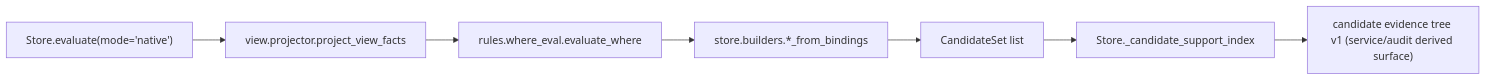
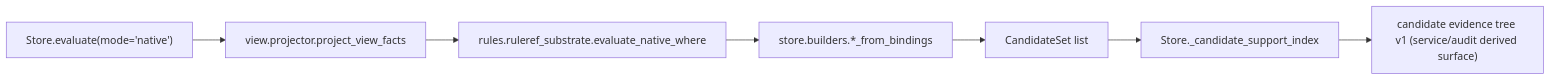
The second of 4 diagrams in src/factpy_kernel/core/docs/01_architecture.md (Symbolic-Intelligence-Org/factgraph), drawn with Mermaid before and after one commit. The commit also changed other lines of this file and 25 other files, not shown here.

````diff
--- a/src/factpy_kernel/core/docs/01_architecture.md
+++ b/src/factpy_kernel/core/docs/01_architecture.md
@@ -124,9 +133,9 @@
 ```mermaid
 flowchart LR
   A["Store.evaluate(mode='native')"] --> B["view.projector.project_view_facts"]
-  B --> C["rules.where_eval.evaluate_where"]
+  B --> C["rules.ruleref_substrate.evaluate_native_where"]
   C --> D["store.builders.*_from_bindings"]
   D --> E["CandidateSet list"]
   E --> F["Store._candidate_support_index"]
   F --> G["candidate evidence tree v1 (service/audit derived surface)"]
 ```
````
